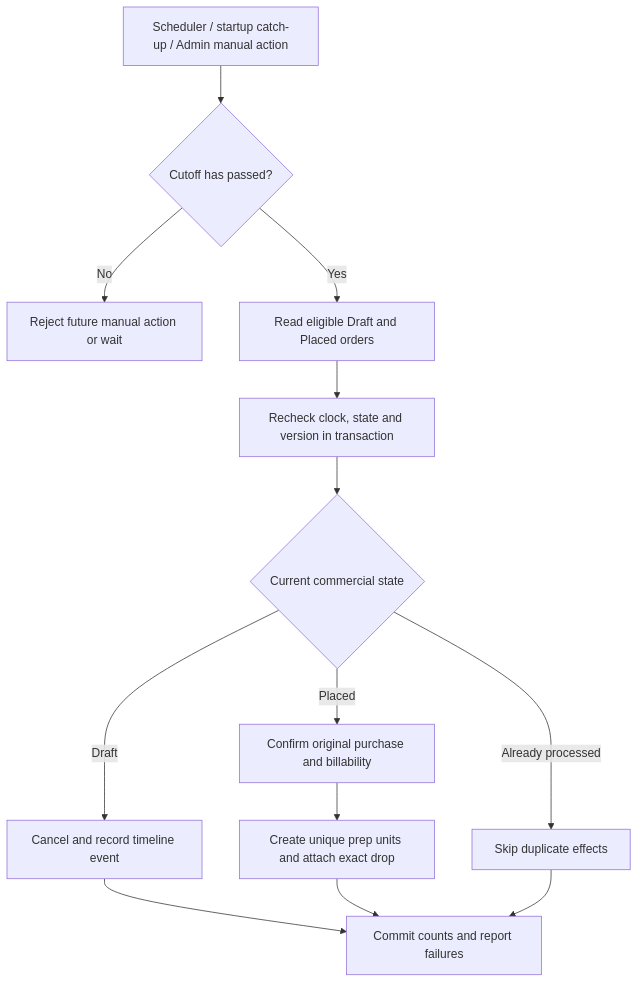
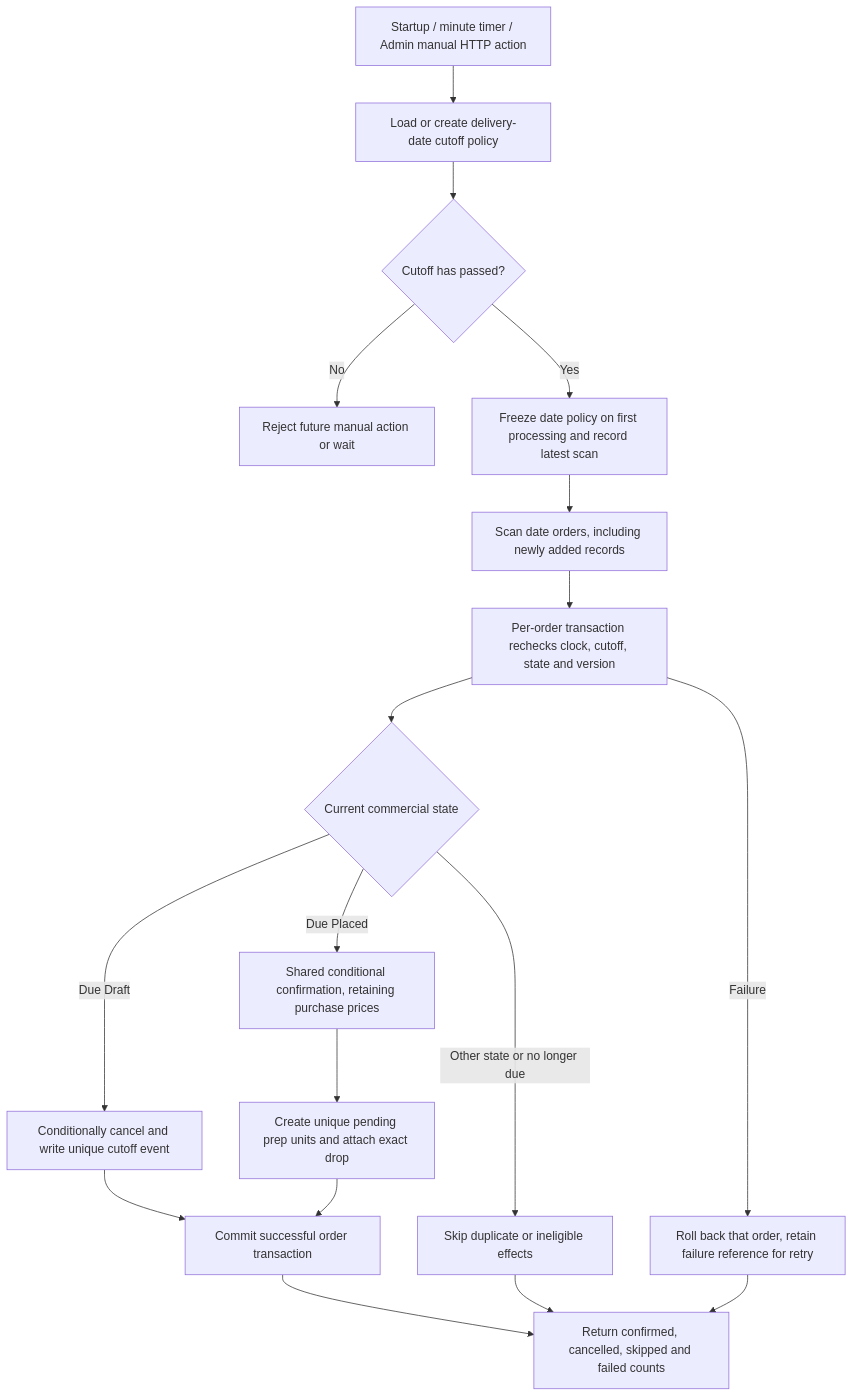
One commit to dishitabuilds/fernleaf-kitchen changed the fifth of 9 diagrams in docs/diagrams.md. Above: the diagram before and after it, drawn with Mermaid. The commit also changed other lines of this file and 55 other files, not shown here.

Commit message:
feat(phase-2): complete orders and cutoff processing

````diff
--- a/docs/diagrams.md
+++ b/docs/diagrams.md
@@ -92,15 +122,20 @@
 ```mermaid
 flowchart TB
-    Trigger[Scheduler / startup catch-up / Admin manual action] --> Due{Cutoff has passed?}
+    Trigger[Startup / minute timer / Admin manual HTTP action] --> Policy[Load or create delivery-date cutoff policy]
+    Policy --> Due{Cutoff has passed?}
     Due -->|No| Wait[Reject future manual action or wait]
-    Due -->|Yes| Load[Read eligible Draft and Placed orders]
-    Load --> Tx[Recheck clock, state and version in transaction]
+    Due -->|Yes| Freeze[Freeze date policy on first processing and record latest scan]
+    Freeze --> Load[Scan date orders, including newly added records]
+    Load --> Tx[Per-order transaction rechecks clock, cutoff, state and version]
     Tx --> State{Current commercial state}
-    State -->|Draft| Cancel[Cancel and record timeline event]
-    State -->|Placed| Confirm[Confirm original purchase and billability]
-    State -->|Already processed| Skip[Skip duplicate effects]
-    Confirm --> Work[Create unique prep units and attach exact drop]
-    Cancel --> Commit[Commit counts and report failures]
+    State -->|Due Draft| Cancel[Conditionally cancel and write unique cutoff event]
+    State -->|Due Placed| Confirm[Shared conditional confirmation, retaining purchase prices]
+    State -->|Other state or no longer due| Skip[Skip duplicate or ineligible effects]
+    Confirm --> Work[Create unique pending prep units and attach exact drop]
+    Cancel --> Commit[Commit successful order transaction]
     Work --> Commit
-    Skip --> Commit
+    Tx -->|Failure| Failure[Roll back that order, retain failure reference for retry]
+    Commit --> Report[Return confirmed, cancelled, skipped and failed counts]
+    Skip --> Report
+    Failure --> Report
 ```
````
